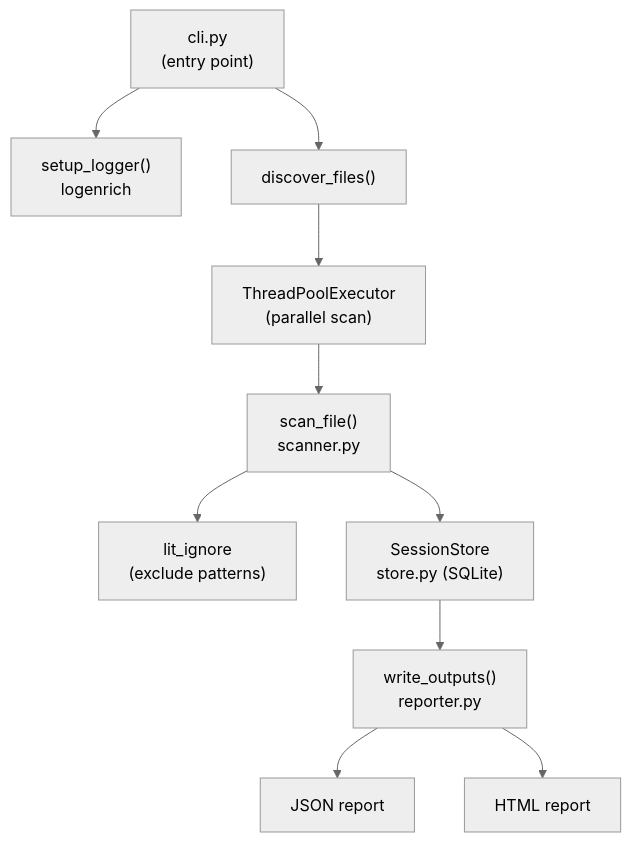
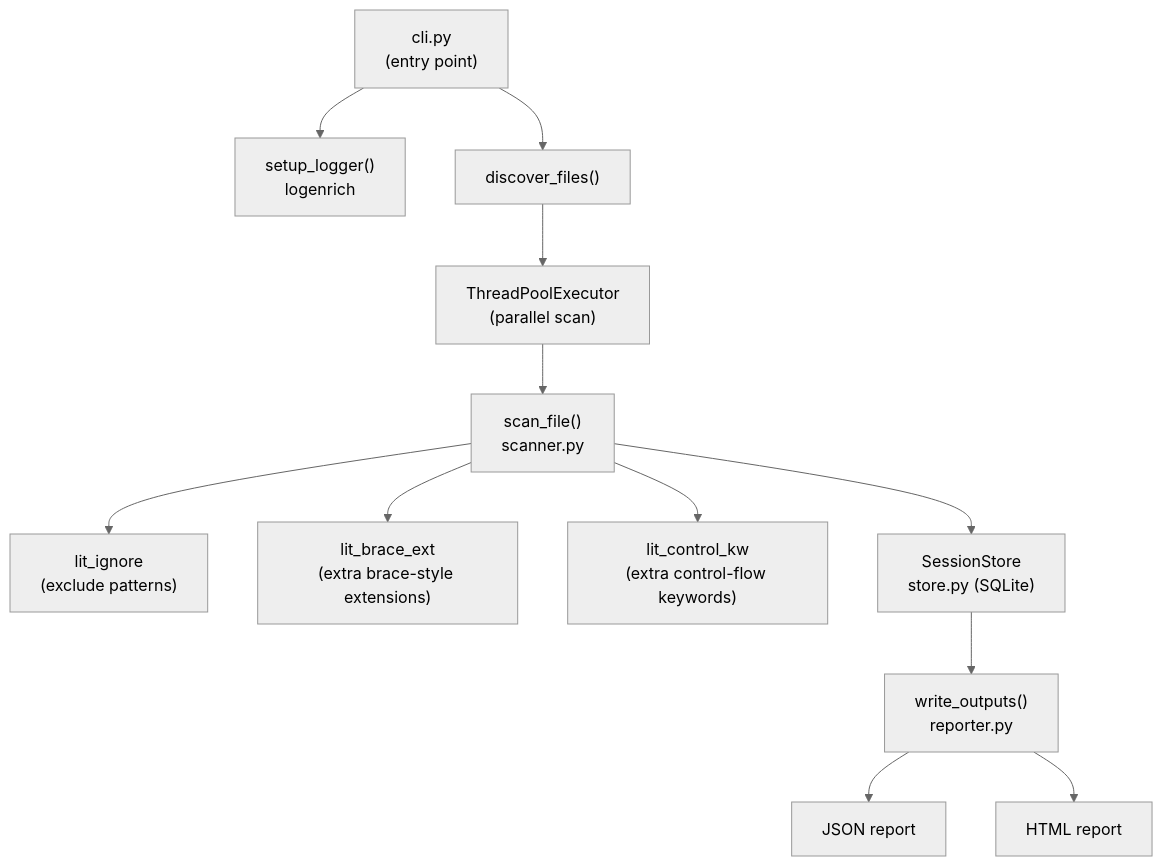
The diagram in README.md (rcw3bb/litscan), drawn with Mermaid (neutral theme) before and after one commit. The commit also changed other lines of this file and 10 other files, not shown here.

Commit message:
Bump version to 1.4.0, add new CLI flags for version display, and introduce user-configurable brace-style extensions and control-flow keywords (#7)

````diff
--- a/README.md
+++ b/README.md
@@ -111,12 +120,14 @@
 ```mermaid
 flowchart TD
     CLI["cli.py\n(entry point)"] --> logenrich["setup_logger()\nlogenrich"]
     CLI --> discover["discover_files()"]
     discover --> concurrent["ThreadPoolExecutor\n(parallel scan)"]
     concurrent --> scan["scan_file()\nscanner.py"]
     scan --> litignore["lit_ignore\n(exclude patterns)"]
+    scan --> litbraceext["lit_brace_ext\n(extra brace-style extensions)"]
+    scan --> litcontrolkw["lit_control_kw\n(extra control-flow keywords)"]
     scan --> store["SessionStore\nstore.py (SQLite)"]
     store --> report["write_outputs()\nreporter.py"]
     report --> JSON["JSON report"]
     report --> HTML["HTML report"]
 ```
````
